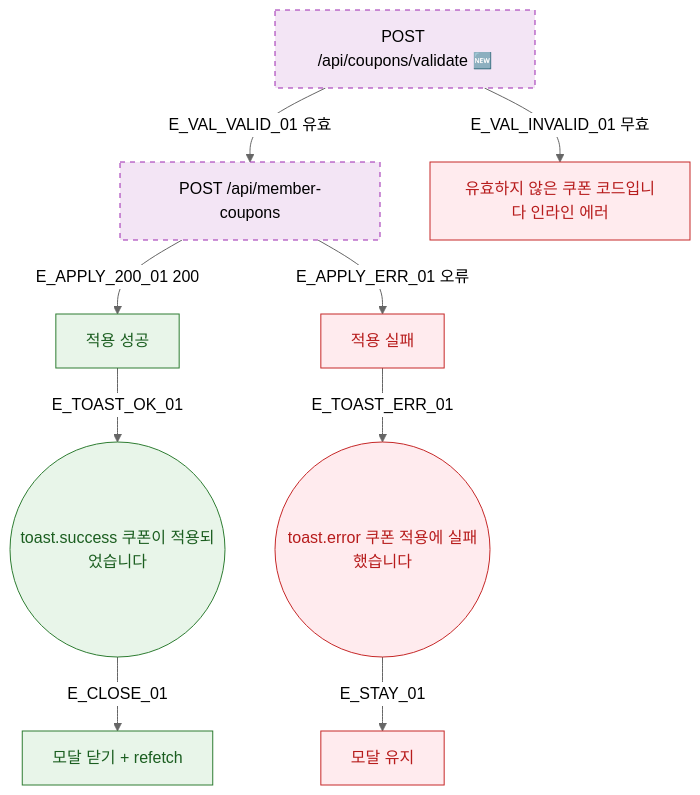
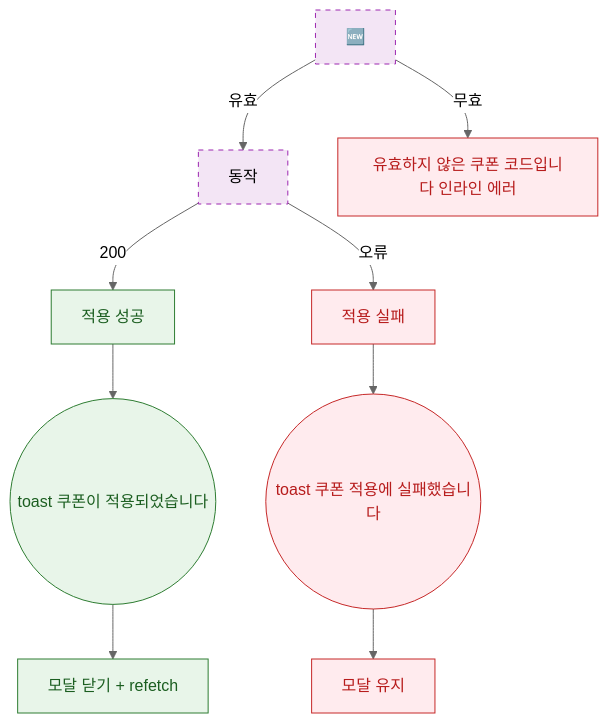
The diagram in docs/다이어그램/D02_회원관리/DLG/DLG-M020_쿠폰적용/M3_결과분기.md (dev-spogym/admin-pando), drawn with Mermaid (neutral theme) before and after one commit. The commit also changed other lines of this file and 1660 other files, not shown here.

First line of the commit message:
다이어그램: 기획자/클라이언트 납품본으로 정리

````diff
--- a/docs/다이어그램/D02_회원관리/DLG/DLG-M020_쿠폰적용/M3_결과분기.md
+++ b/docs/다이어그램/D02_회원관리/DLG/DLG-M020_쿠폰적용/M3_결과분기.md
@@ -22,25 +20,25 @@
 ```mermaid
 flowchart TD
-  API_VAL[POST /api/coupons/validate 🆕]
+  API_VAL[🆕]
 
-  API_VAL -->|E_VAL_VALID_01 유효| API_APPLY[POST /api/member-coupons]
-  API_VAL -->|E_VAL_INVALID_01 무효| ERR_INLINE[유효하지 않은 쿠폰 코드입니다 인라인 에러]
+  API_VAL -->|유효|API_APPLY[동작]
+  API_VAL -->|무효|ERR_INLINE[유효하지 않은 쿠폰 코드입니다 인라인 에러]
 
-  API_APPLY -->|E_APPLY_200_01 200| SUCCESS[적용 성공]
-  API_APPLY -->|E_APPLY_ERR_01 오류| FAIL[적용 실패]
+  API_APPLY -->|200|SUCCESS[적용 성공]
+  API_APPLY -->|오류|FAIL[적용 실패]
 
-  SUCCESS -->|E_TOAST_OK_01| TOAST_OK((toast.success 쿠폰이 적용되었습니다))
-  TOAST_OK -->|E_CLOSE_01| POST_OK[모달 닫기 + refetch]
+  SUCCESS --> TOAST_OK((toast 쿠폰이 적용되었습니다))
+  TOAST_OK --> POST_OK[모달 닫기 + refetch]
 
-  FAIL -->|E_TOAST_ERR_01| TOAST_ERR((toast.error 쿠폰 적용에 실패했습니다))
-  TOAST_ERR -->|E_STAY_01| MODAL_STAY[모달 유지]
+  FAIL --> TOAST_ERR((toast 쿠폰 적용에 실패했습니다))
+  TOAST_ERR --> MODAL_STAY[모달 유지]
 
   classDef newFeature fill:#F3E5F5,stroke:#9C27B0,stroke-dasharray:5 5
-  classDef success    fill:#E8F5E9,stroke:#2E7D32,color:#1B5E20
-  classDef error      fill:#FFEBEE,stroke:#C62828,color:#B71C1C
-  classDef system     fill:#EDE7F6,stroke:#5E35B2
+  classDef success fill:#E8F5E9,stroke:#2E7D32,color:#1B5E20
+  classDef error fill:#FFEBEE,stroke:#C62828,color:#B71C1C
+  classDef system fill:#EDE7F6,stroke:#5E35B2
 
   class API_VAL,API_APPLY newFeature
   class SUCCESS,TOAST_OK,POST_OK success
   class ERR_INLINE,FAIL,TOAST_ERR,MODAL_STAY error
 ```
````
